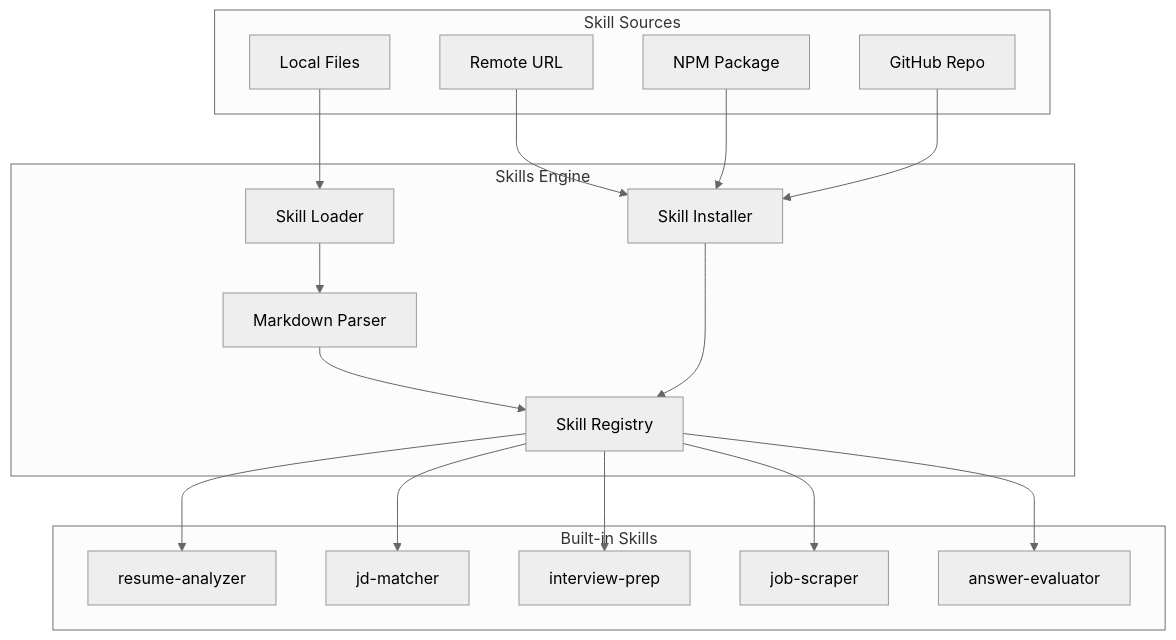
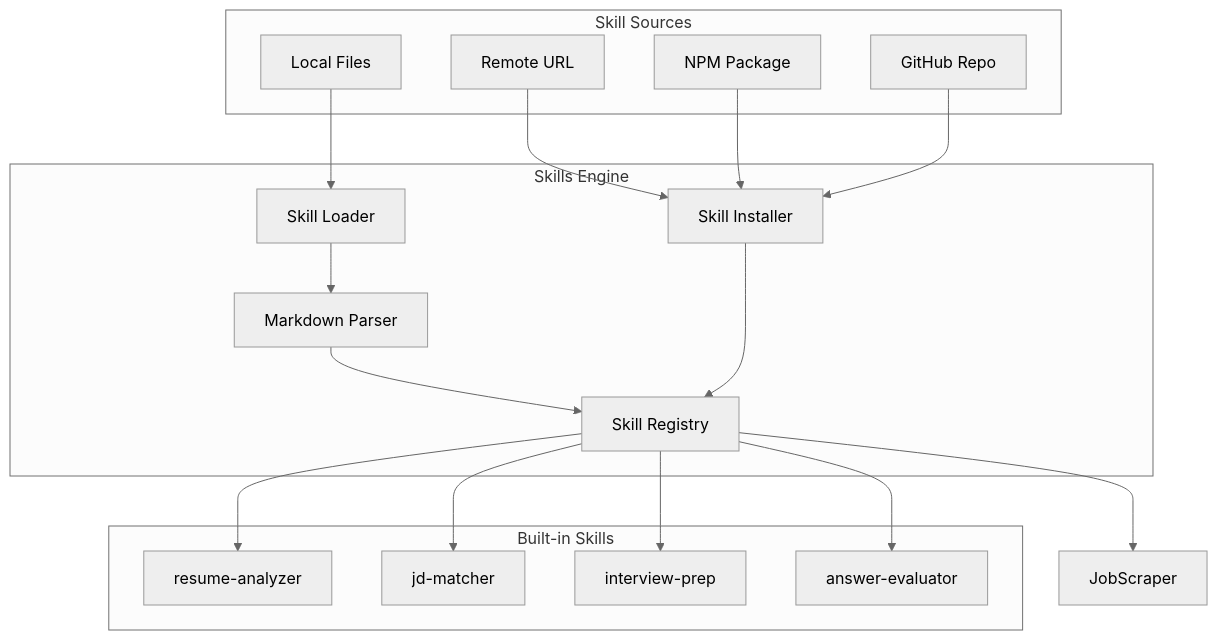
Before and after one commit to xuanyiying/IntervAI: the fourth of 9 diagrams in docs/architecture/system-architecture.md, drawn with Mermaid (neutral theme). The commit also changed other lines of this file and 48 other files, not shown here.

````diff
--- a/docs/architecture/system-architecture.md
+++ b/docs/architecture/system-architecture.md
@@ -96,39 +96,38 @@
 ```mermaid
 graph TB
     subgraph "Skills Engine"
         Registry[Skill Registry]
         Loader[Skill Loader]
         Parser[Markdown Parser]
         Installer[Skill Installer]
     end
 
     subgraph "Skill Sources"
         Local[Local Files]
         Remote[Remote URL]
         NPM[NPM Package]
         GitHub[GitHub Repo]
     end
 
     subgraph "Built-in Skills"
         ResumeAnalyzer[resume-analyzer]
         JDMatcher[jd-matcher]
         InterviewPrep[interview-prep]
-        JobScraper[job-scraper]
         AnswerEvaluator[answer-evaluator]
     end
 
     Local --> Loader
     Remote --> Installer
     NPM --> Installer
     GitHub --> Installer
     
     Loader --> Parser
     Parser --> Registry
     Installer --> Registry
     
     Registry --> ResumeAnalyzer
     Registry --> JDMatcher
     Registry --> InterviewPrep
     Registry --> JobScraper
     Registry --> AnswerEvaluator
 ```
````
